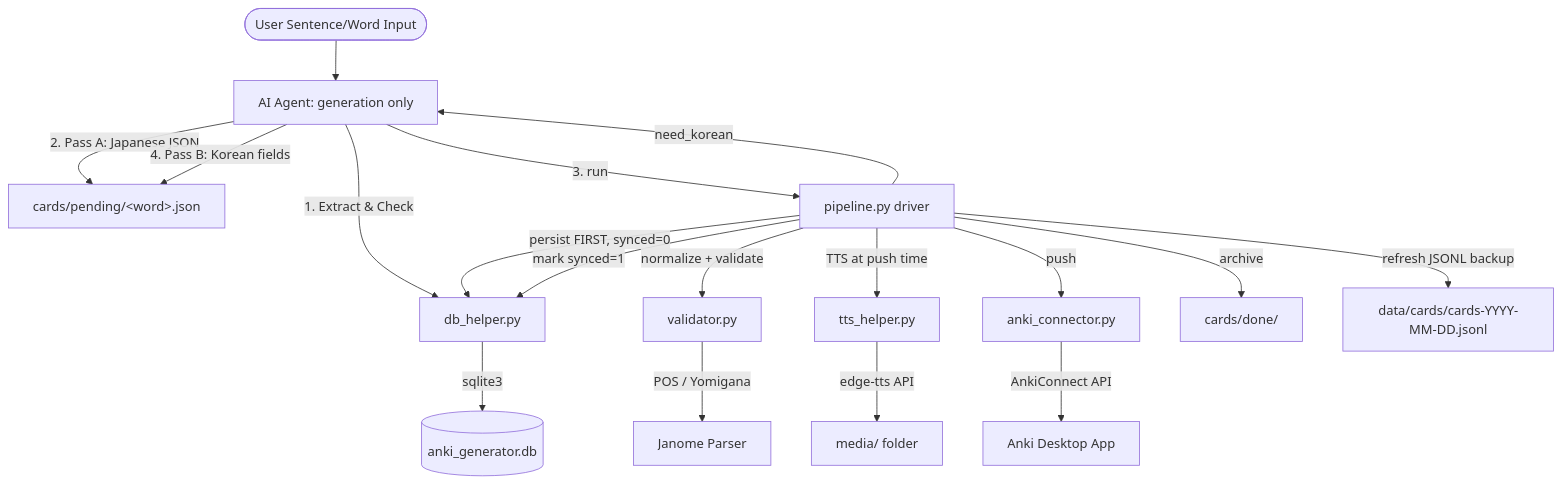
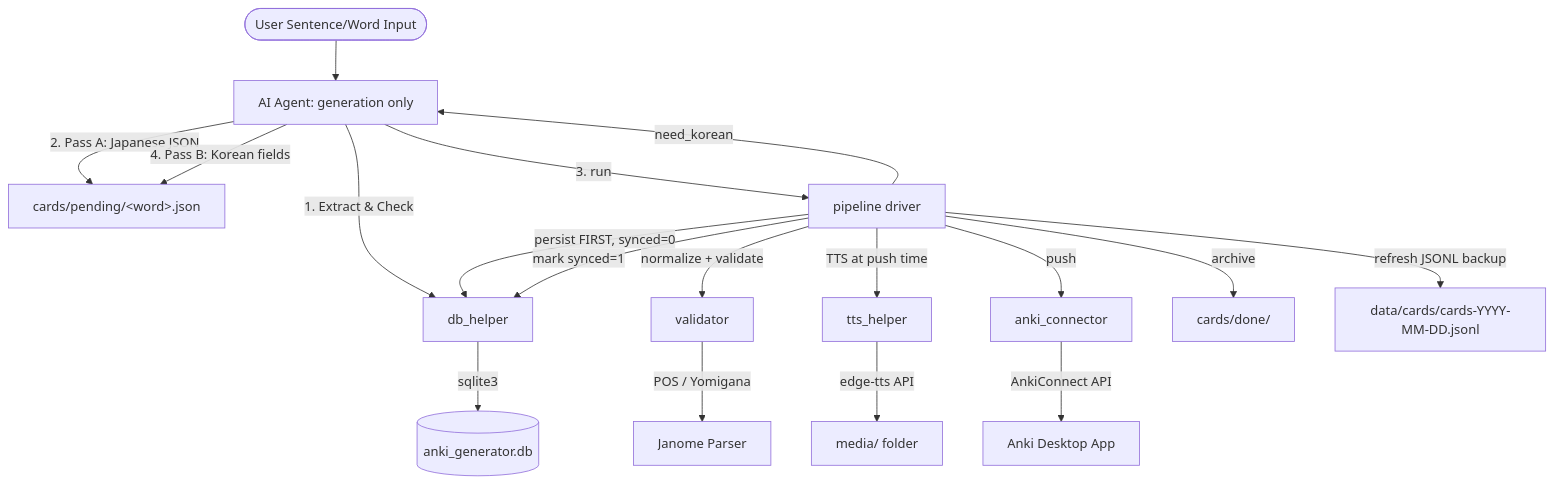
One commit to mjkimR/anki-generator changed the diagram in docs/architecture.md. Above: the diagram before and after it, drawn with Mermaid. The commit also changed other lines of this file and 10 other files, not shown here.

````diff
--- a/docs/architecture.md
+++ b/docs/architecture.md
@@ -5,20 +5,20 @@
 ```mermaid
 graph TD
     User([User Sentence/Word Input]) --> Agent[AI Agent: generation only]
-    Agent -->|1. Extract & Check| DB[db_helper.py]
+    Agent -->|1. Extract & Check| DB[db_helper]
     Agent -->|2. Pass A: Japanese JSON| WorkFile["cards/pending/&lt;word&gt;.json"]
-    Agent -->|3. run| Pipeline[pipeline.py driver]
-    Pipeline -->|normalize + validate| Validator[validator.py]
+    Agent -->|3. run| Pipeline[pipeline driver]
+    Pipeline -->|normalize + validate| Validator[validator]
     Validator -->|POS / Yomigana| Janome[Janome Parser]
     Pipeline -->|need_korean| Agent
     Agent -->|4. Pass B: Korean fields| WorkFile
     Pipeline -->|persist FIRST, synced=0| DB
     DB -->|sqlite3| DB_File[(anki_generator.db)]
-    Pipeline -->|TTS at push time| TTS[tts_helper.py]
+    Pipeline -->|TTS at push time| TTS[tts_helper]
     TTS -->|edge-tts API| Media[media/ folder]
-    Pipeline -->|push| Connector[anki_connector.py]
+    Pipeline -->|push| Connector[anki_connector]
     Connector -->|AnkiConnect API| Anki[Anki Desktop App]
     Pipeline -->|mark synced=1| DB
     Pipeline -->|archive| Done["cards/done/"]
     Pipeline -->|refresh JSONL backup| Data["data/cards/cards-YYYY-MM-DD.jsonl"]
 ```
````
